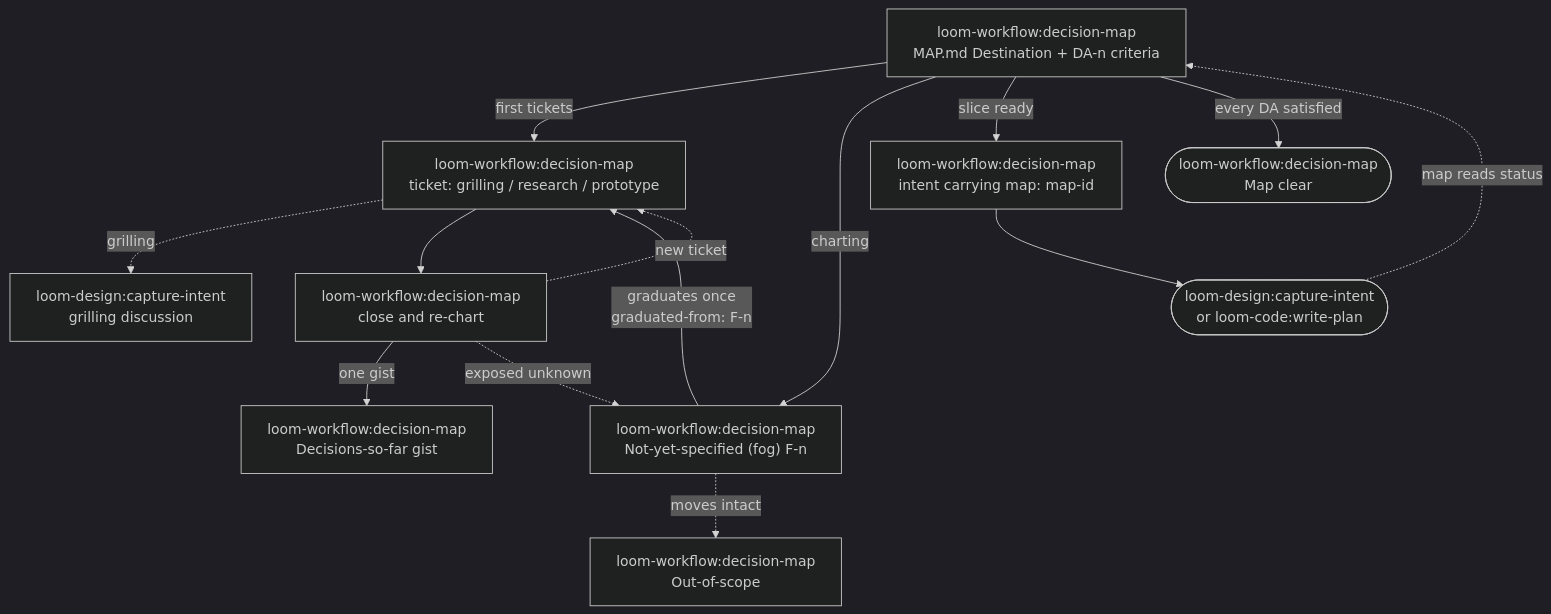
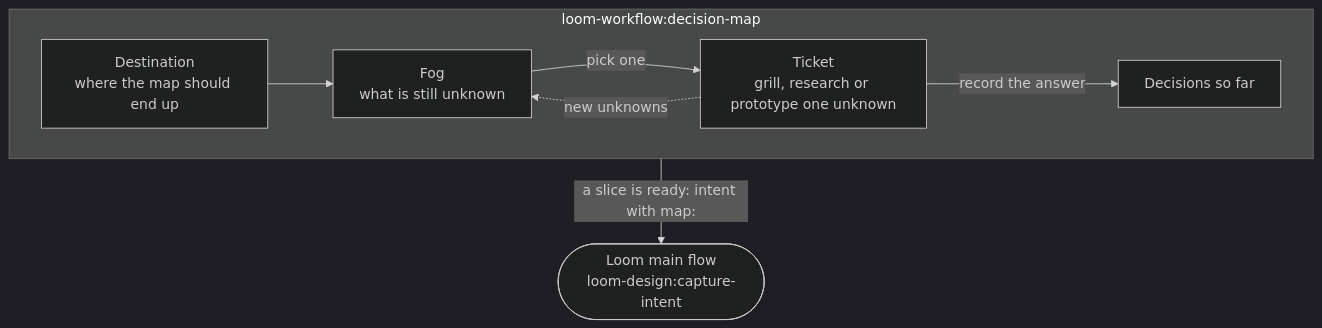
The second of 2 diagrams in README.md (kouko/loom-plugins), drawn with Mermaid (dark theme) before and after one commit. The commit also changed other lines of this file, not shown here.

Commit message:
docs(repo): simplify the decision-map diagram
Task: W1-01

Claude-Session: https://claude.ai/code/session_01EW1KrscSF9nsy9FaqcrB8U

````diff
--- a/README.md
+++ b/README.md
@@ -88,28 +88,16 @@
 ```mermaid
-%%{init: {"flowchart": {"wrappingWidth": 320}}}%%
 flowchart TD
-    dest["loom-workflow:decision-map<br/>MAP.md Destination + DA-n criteria"]
-    ticket["loom-workflow:decision-map<br/>ticket: grilling / research / prototype"]
-    fog["loom-workflow:decision-map<br/>Not-yet-specified (fog) F-n"]
-    grill["loom-design:capture-intent<br/>grilling discussion"]
-    close["loom-workflow:decision-map<br/>close and re-chart"]
-    decisions["loom-workflow:decision-map<br/>Decisions-so-far gist"]
-    oos["loom-workflow:decision-map<br/>Out-of-scope"]
-    intent["loom-workflow:decision-map<br/>intent carrying map: map-id"]
-    flow(["loom-design:capture-intent<br/>or loom-code:write-plan"])
-    clear(["loom-workflow:decision-map<br/>Map clear"])
+    subgraph dm["loom-workflow:decision-map"]
+        dest["Destination<br/>where the map should end up"]
+        fog["Fog<br/>what is still unknown"]
+        ticket["Ticket<br/>grill, research or prototype one unknown"]
+        log["Decisions so far"]
+    end
+    main(["Loom main flow<br/>loom-design:capture-intent"])
 
-    dest -->|"first tickets"| ticket
-    dest -->|"charting"| fog
-    fog -->|"graduates once<br/>graduated-from: F-n"| ticket
-    fog -.->|"moves intact"| oos
-    ticket -.->|"grilling"| grill
-    ticket --> close
-    close -->|"one gist"| decisions
-    close -.->|"exposed unknown"| fog
-    close -.->|"new ticket"| ticket
-    dest -->|"slice ready"| intent
-    intent --> flow
-    flow -.->|"map reads status"| dest
-    dest -->|"every DA satisfied"| clear
+    dest --> fog
+    fog -->|"pick one"| ticket
+    ticket -->|"record the answer"| log
+    ticket -.->|"new unknowns"| fog
+    dm -->|"a slice is ready: intent with map:"| main
 ```
````
